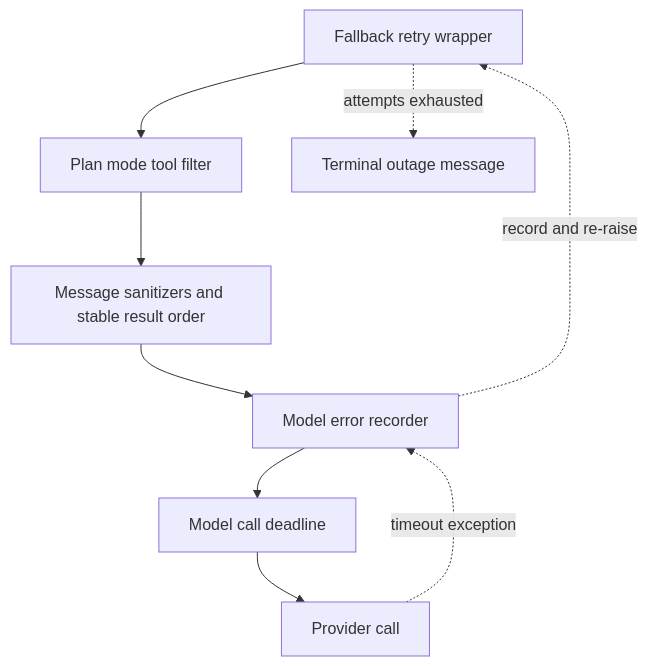
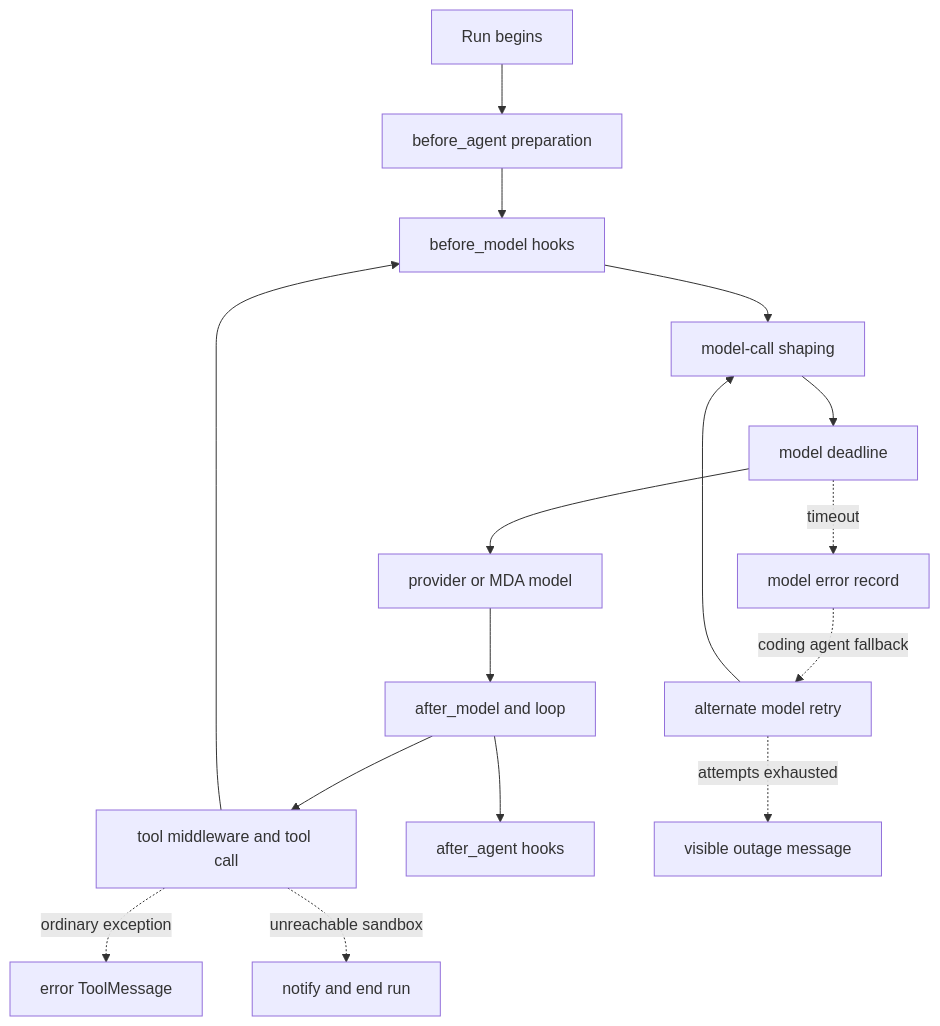
Before and after one commit to langchain-ai/open-swe: the diagram in openwiki/architecture/middleware-stack.md, drawn with Mermaid. The commit also changed other lines of this file and 63 other files, not shown here.

````diff
--- a/openwiki/architecture/middleware-stack.md
+++ b/openwiki/architecture/middleware-stack.md
@@ -93,11 +45,18 @@
 ```mermaid
 flowchart TD
-  Fallback["Fallback retry wrapper"] --> Plan["Plan mode tool filter"]
-  Plan --> Clean["Message sanitizers and stable result order"]
-  Clean --> Errors["Model error recorder"]
-  Errors --> Deadline["Model call deadline"]
-  Deadline --> Provider["Provider call"]
-  Provider -. "timeout exception" .-> Errors
-  Errors -. "record and re-raise" .-> Fallback
-  Fallback -. "attempts exhausted" .-> Outage["Terminal outage message"]
+  Start["Run begins"] --> Prepare["before_agent preparation"]
+  Prepare --> Before["before_model hooks"]
+  Before --> Shape["model-call shaping"]
+  Shape --> Deadline["model deadline"]
+  Deadline --> Provider["provider or MDA model"]
+  Provider --> Result["after_model and loop"]
+  Result --> Tool["tool middleware and tool call"]
+  Tool --> Before
+  Result --> Finish["after_agent hooks"]
+  Deadline -. "timeout" .-> Record["model error record"]
+  Record -. "coding agent fallback" .-> Retry["alternate model retry"]
+  Retry --> Shape
+  Retry -. "attempts exhausted" .-> Visible["visible outage message"]
+  Tool -. "ordinary exception" .-> ToolError["error ToolMessage"]
+  Tool -. "unreachable sandbox" .-> Notify["notify and end run"]
 ```
````
